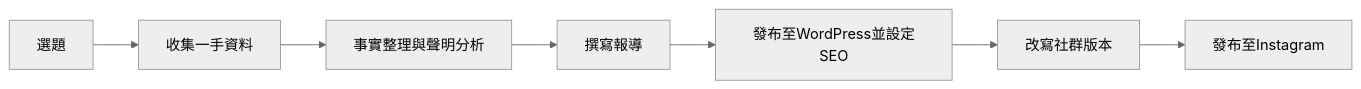
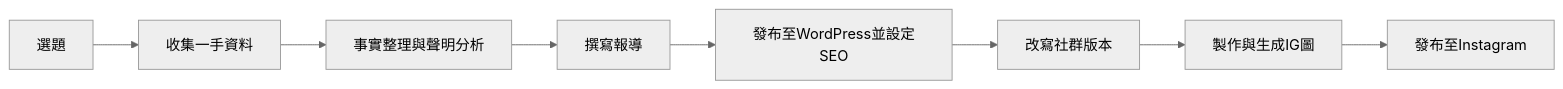
The diagram in requirement.md (a113010005-prog/tpvl-final-project), drawn with Mermaid (neutral theme) before and after one commit.

Commit message:
[fix]修正流程圖

````diff
--- a/requirement.md
+++ b/requirement.md
@@ -15,9 +15,10 @@
 ```mermaid
 graph LR
     A[選題] --> B[收集一手資料]
     B --> C[事實整理與聲明分析]
     C --> D[撰寫報導]
     D --> E[發布至WordPress並設定SEO]
     E --> F[改寫社群版本]
-    F --> G[發布至Instagram]
+    F --> G[製作與生成IG圖]
+    G --> H[發布至Instagram]
 ```
````
